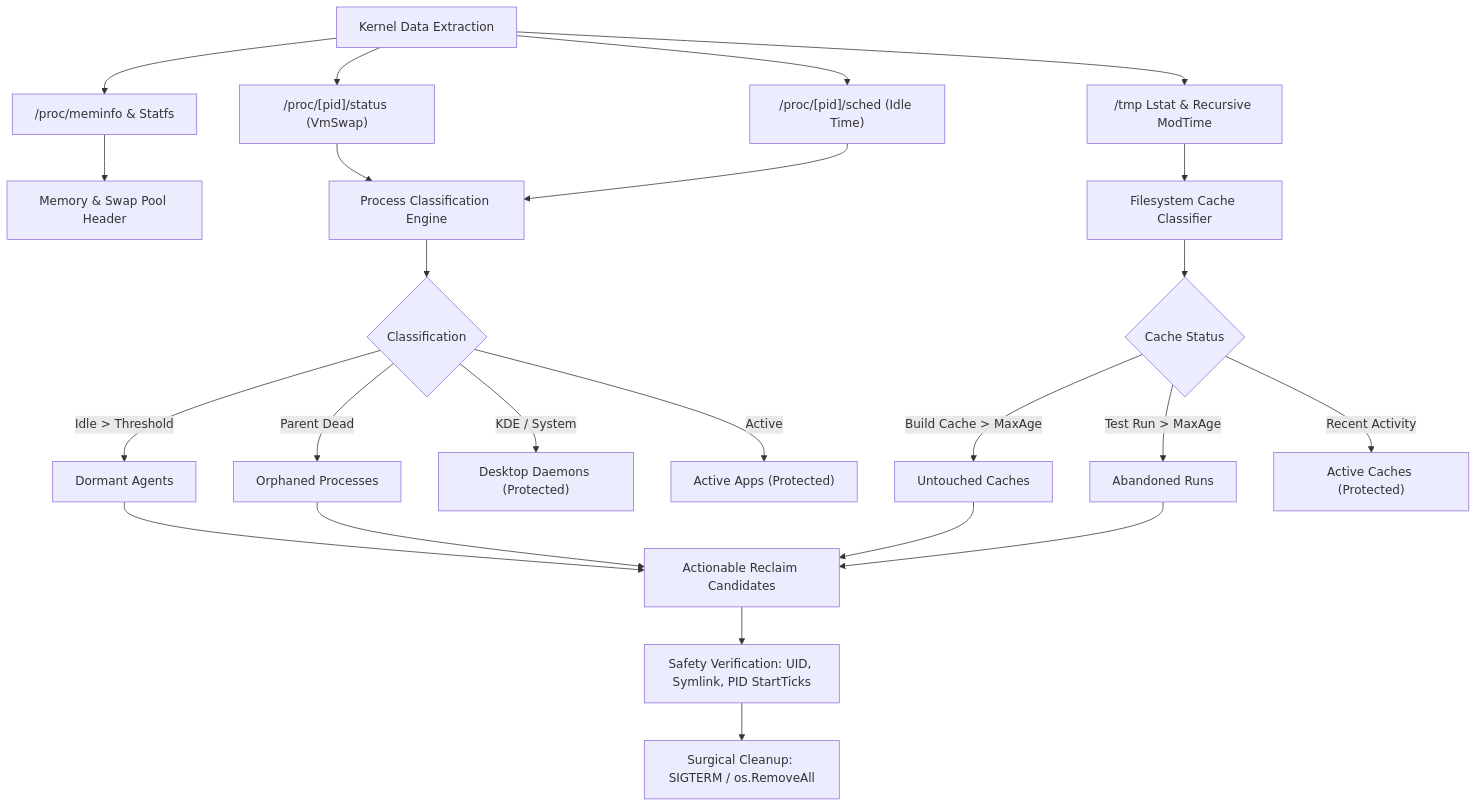
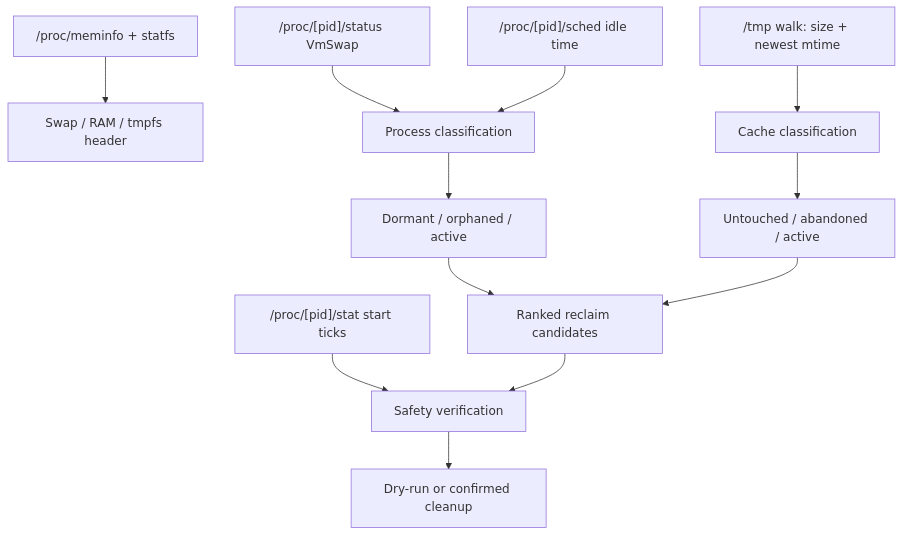
Before and after one commit to jadmadi/SwapAudit: the diagram in README.md, drawn with Mermaid. The commit also changed other lines of this file and 101 other files, not shown here.

First line of the commit message:
feat: adopt modular architecture and Minto Pyramid README

````diff
--- a/README.md
+++ b/README.md
@@ -70,26 +198,14 @@
 ```mermaid
 flowchart TD
-    A["Kernel Data Extraction"] --> B["/proc/meminfo & Statfs"]
-    A --> C["/proc/[pid]/status (VmSwap)"]
-    A --> D["/proc/[pid]/sched (Idle Time)"]
-    A --> E["/tmp Lstat & Recursive ModTime"]
-
-    B --> F["Memory & Swap Pool Header"]
-    C & D --> G["Process Classification Engine"]
-    E --> H["Filesystem Cache Classifier"]
-
-    G --> I{"Classification"}
-    I -->|"Idle > Threshold"| J["Dormant Agents"]
-    I -->|"Parent Dead"| K["Orphaned Processes"]
-    I -->|"KDE / System"| L["Desktop Daemons (Protected)"]
-    I -->|"Active"| M["Active Apps (Protected)"]
-
-    H --> N{"Cache Status"}
-    N -->|"Build Cache > MaxAge"| O["Untouched Caches"]
-    N -->|"Test Run > MaxAge"| P["Abandoned Runs"]
-    N -->|"Recent Activity"| Q["Active Caches (Protected)"]
-
-    J & K & O & P --> R["Actionable Reclaim Candidates"]
-    R --> S["Safety Verification: UID, Symlink, PID StartTicks"]
-    S --> T["Surgical Cleanup: SIGTERM / os.RemoveAll"]
+    A["/proc/meminfo + statfs"] --> F["Swap / RAM / tmpfs header"]
+    B["/proc/[pid]/status VmSwap"] --> G["Process classification"]
+    C["/proc/[pid]/sched idle time"] --> G
+    D["/proc/[pid]/stat start ticks"] --> S["Safety verification"]
+    E["/tmp walk: size + newest mtime"] --> H["Cache classification"]
+    G --> I["Dormant / orphaned / active"]
+    H --> J["Untouched / abandoned / active"]
+    I --> R["Ranked reclaim candidates"]
+    J --> R
+    R --> S
+    S --> T["Dry-run or confirmed cleanup"]
 ```
````
